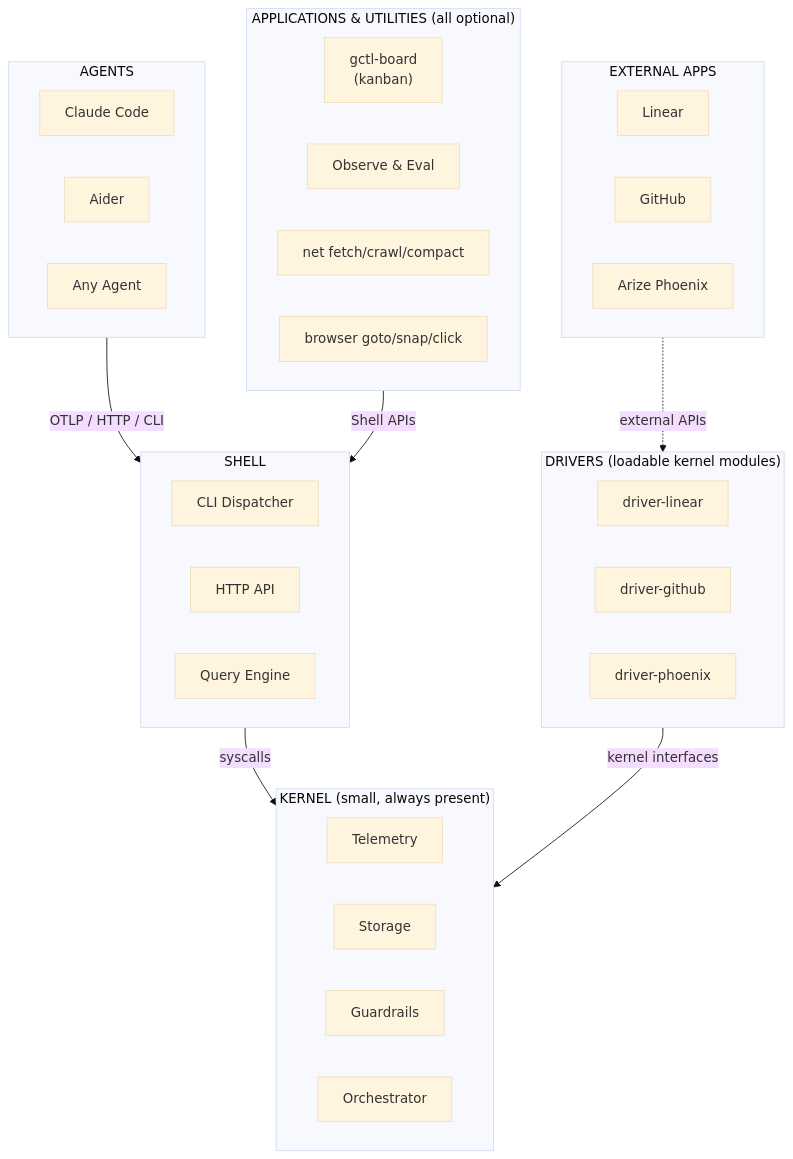
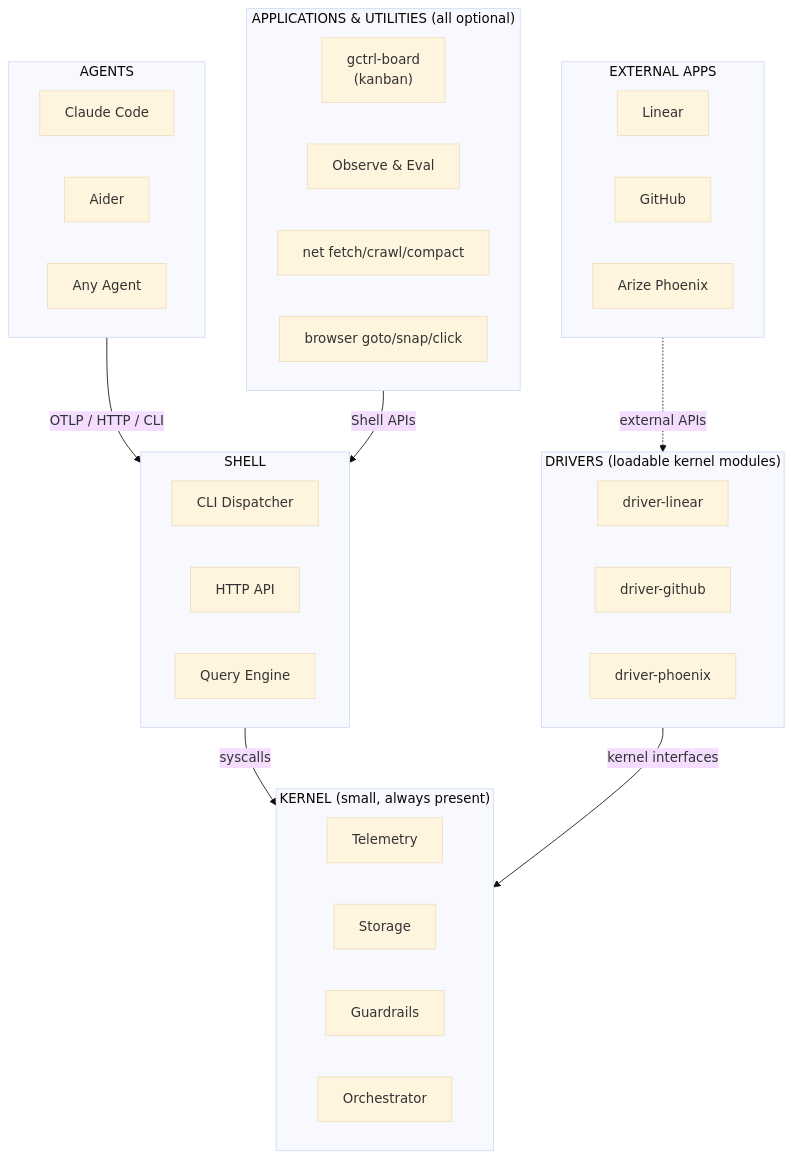
The diagram in README.md (OpenHackersClub/gctrl), drawn with Mermaid (base theme) before and after one commit. The commit also changed other lines of this file and 360 other files, not shown here.

First line of the commit message:
refactor: rename brand gctl → gctrl across repo

````diff
--- a/README.md
+++ b/README.md
@@ -26,46 +26,46 @@
 ```mermaid
 graph TB
     subgraph Agents["AGENTS"]
         Claude["Claude Code"]
         Aider["Aider"]
         Custom["Any Agent"]
     end
 
     subgraph Apps["APPLICATIONS & UTILITIES (all optional)"]
-        Board["gctl-board<br/>(kanban)"]
+        Board["gctrl-board<br/>(kanban)"]
         Eval["Observe & Eval"]
         NetUtils["net fetch/crawl/compact"]
         BrowserUtils["browser goto/snap/click"]
     end
 
     subgraph Shell["SHELL"]
         CLI["CLI Dispatcher"]
         API["HTTP API"]
         Query["Query Engine"]
     end
 
     subgraph Kernel["KERNEL (small, always present)"]
         Telemetry["Telemetry"]
         Storage["Storage"]
         Guardrails["Guardrails"]
         Orchestrator["Orchestrator"]
     end
 
     subgraph Drivers["DRIVERS (loadable kernel modules)"]
         DrvLinear["driver-linear"]
         DrvGitHub["driver-github"]
         DrvPhoenix["driver-phoenix"]
     end
 
     subgraph ExtApps["EXTERNAL APPS"]
         Linear["Linear"]
         GitHub["GitHub"]
         Phoenix["Arize Phoenix"]
     end
 
     Agents -->|"OTLP / HTTP / CLI"| Shell
     Apps -->|"Shell APIs"| Shell
     Shell -->|"syscalls"| Kernel
     Drivers -->|"kernel interfaces"| Kernel
     ExtApps -.->|"external APIs"| Drivers
 ```
````
